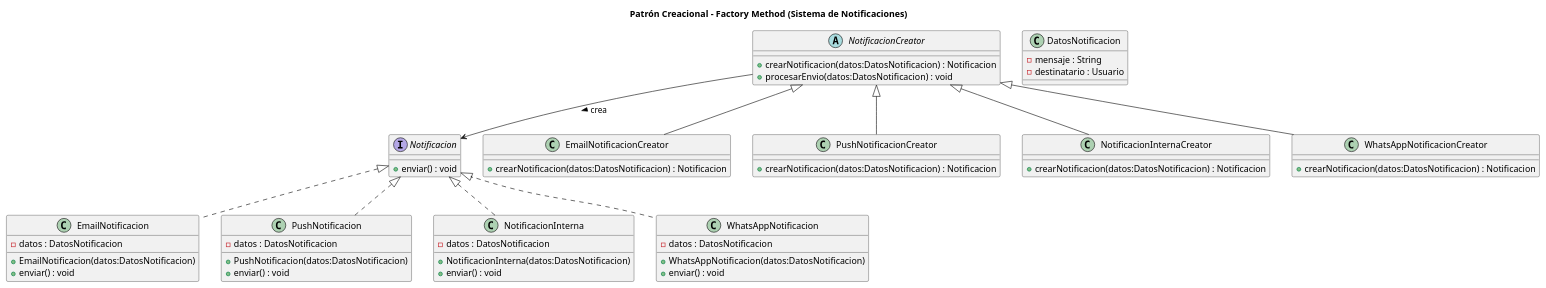
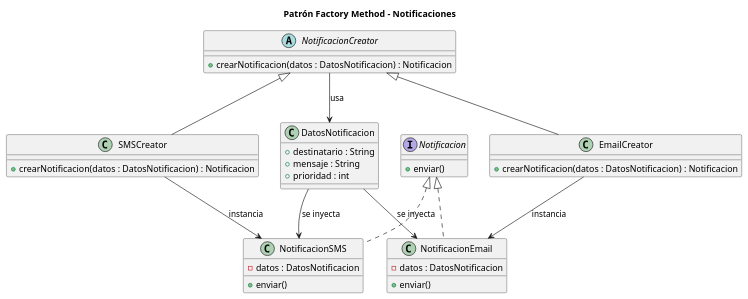
Before and after one commit to GonzaloBarbano/SistemaProductoraVideos: the diagram in diagramas/01-diagrama-clases/01-patron-creacional-factory-method.puml, drawn with PlantUML. The commit also changed 1 other file, not shown here.

Commit message:
Correccion diagrama de patron creacional (.puml y .png)

```diff
--- a/diagramas/01-diagrama-clases/01-patron-creacional-factory-method.puml
+++ b/diagramas/01-diagrama-clases/01-patron-creacional-factory-method.puml
@@ -1,87 +1,63 @@
 @startuml
-title Patrón Creacional - Factory Method (Sistema de Notificaciones)
+title Patrón Factory Method - Notificaciones
 
-'==========================
-'     PRODUCTO (INTERFAZ)
-'==========================
+'===========================
+' Clases de Soporte
+'===========================
+
+class DatosNotificacion {
+    + destinatario : String
+    + mensaje : String
+    + prioridad : int
+}
+
+'===========================
+' Producto
+'===========================
 
 interface Notificacion {
-    + enviar() : void
+    + enviar()
 }
 
-' El producto ahora recibe información necesaria
-class DatosNotificacion {
-    - mensaje : String
-    - destinatario : Usuario
+class NotificacionEmail {
+    - datos : DatosNotificacion
+    + enviar()
 }
 
-'==========================
-'  PRODUCTOS CONCRETOS
-'==========================
-
-class EmailNotificacion {
+class NotificacionSMS {
     - datos : DatosNotificacion
-    + EmailNotificacion(datos:DatosNotificacion)
-    + enviar() : void
+    + enviar()
 }
 
-class PushNotificacion {
-    - datos : DatosNotificacion
-    + PushNotificacion(datos:DatosNotificacion)
-    + enviar() : void
+Notificacion <|.. NotificacionEmail
+Notificacion <|.. NotificacionSMS
+
+' Relación: los productos usan datos
+DatosNotificacion --> NotificacionEmail : se inyecta
+DatosNotificacion --> NotificacionSMS : se inyecta
+
+'===========================
+' Creador y Concrete Creators
+'===========================
+
+abstract class NotificacionCreator {
+    + crearNotificacion(datos : DatosNotificacion) : Notificacion
 }
 
-class NotificacionInterna {
-    - datos : DatosNotificacion
-    + NotificacionInterna(datos:DatosNotificacion)
-    + enviar() : void
+class EmailCreator {
+    + crearNotificacion(datos : DatosNotificacion) : Notificacion
 }
 
-class WhatsAppNotificacion {
-    - datos : DatosNotificacion
-    + WhatsAppNotificacion(datos:DatosNotificacion)
-    + enviar() : void
+class SMSCreator {
+    + crearNotificacion(datos : DatosNotificacion) : Notificacion
 }
 
-Notificacion <|.. EmailNotificacion
-Notificacion <|.. PushNotificacion
-Notificacion <|.. NotificacionInterna
-Notificacion <|.. WhatsAppNotificacion
+NotificacionCreator <|-- EmailCreator
+NotificacionCreator <|-- SMSCreator
 
-'==========================
-'    CREATOR ABSTRACTO
-'==========================
-
-abstract class NotificacionCreator {
-    + crearNotificacion(datos:DatosNotificacion) : Notificacion
-    + procesarEnvio(datos:DatosNotificacion) : void
-}
-
-NotificacionCreator --> Notificacion : crea >
-
-'==========================
-'     CREADORES CONCRETOS
-'==========================
-
-class EmailNotificacionCreator {
-    + crearNotificacion(datos:DatosNotificacion) : Notificacion
-}
-
-class PushNotificacionCreator {
-    + crearNotificacion(datos:DatosNotificacion) : Notificacion
-}
-
-class NotificacionInternaCreator {
-    + crearNotificacion(datos:DatosNotificacion) : Notificacion
-}
-
-class WhatsAppNotificacionCreator {
-    + crearNotificacion(datos:DatosNotificacion) : Notificacion
-}
-
-NotificacionCreator <|-- EmailNotificacionCreator
-NotificacionCreator <|-- PushNotificacionCreator
-NotificacionCreator <|-- NotificacionInternaCreator
-NotificacionCreator <|-- WhatsAppNotificacionCreator
+' Relación del Factory Method
+NotificacionCreator --> DatosNotificacion : usa
+EmailCreator --> NotificacionEmail : instancia
+SMSCreator --> NotificacionSMS : instancia
 
 @enduml
```
